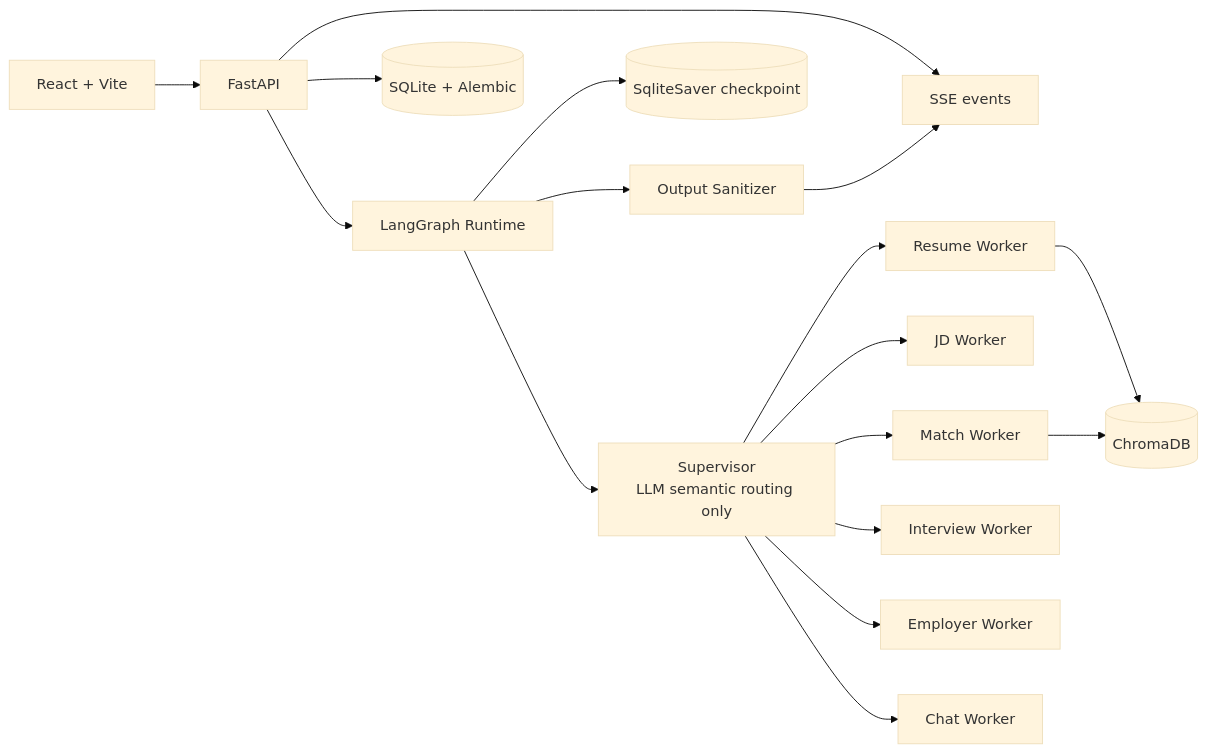
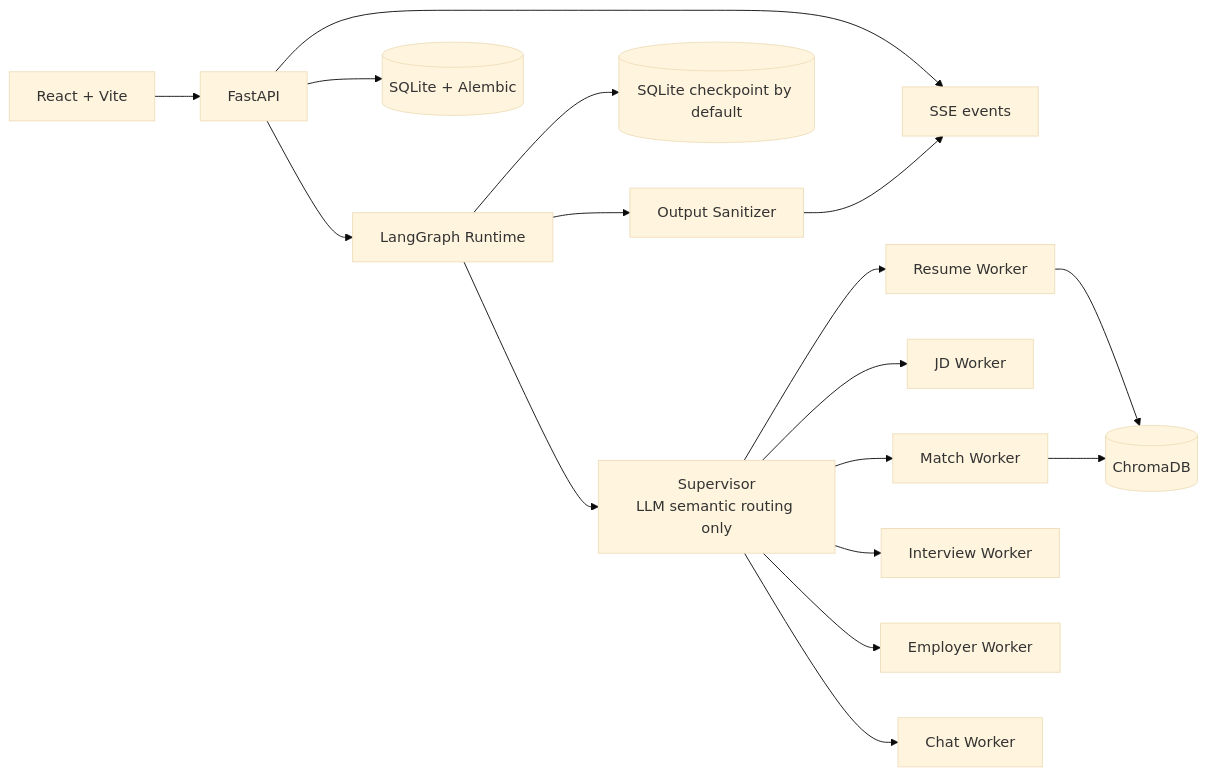
One commit to sleepycat583/JobPilot changed the diagram in README.md. Above: the diagram before and after it, drawn with Mermaid (base theme). The commit also changed other lines of this file, not shown here.

````diff
--- a/README.md
+++ b/README.md
@@ -40,19 +36,19 @@
 ```mermaid
 flowchart LR
     UI[React + Vite] --> API[FastAPI]
     API --> SSE[SSE events]
     API --> GRAPH[LangGraph Runtime]
     GRAPH --> SUP[Supervisor<br/>LLM semantic routing only]
     SUP --> RW[Resume Worker]
     SUP --> JW[JD Worker]
     SUP --> MW[Match Worker]
     SUP --> IW[Interview Worker]
     SUP --> EW[Employer Worker]
     SUP --> CW[Chat Worker]
     RW --> CHROMA[(ChromaDB)]
     MW --> CHROMA
     API --> DB[(SQLite + Alembic)]
-    GRAPH --> CP[(SqliteSaver checkpoint)]
+    GRAPH --> CP[(SQLite checkpoint by default)]
     GRAPH --> SAN[Output Sanitizer]
     SAN --> SSE
 ```
````
